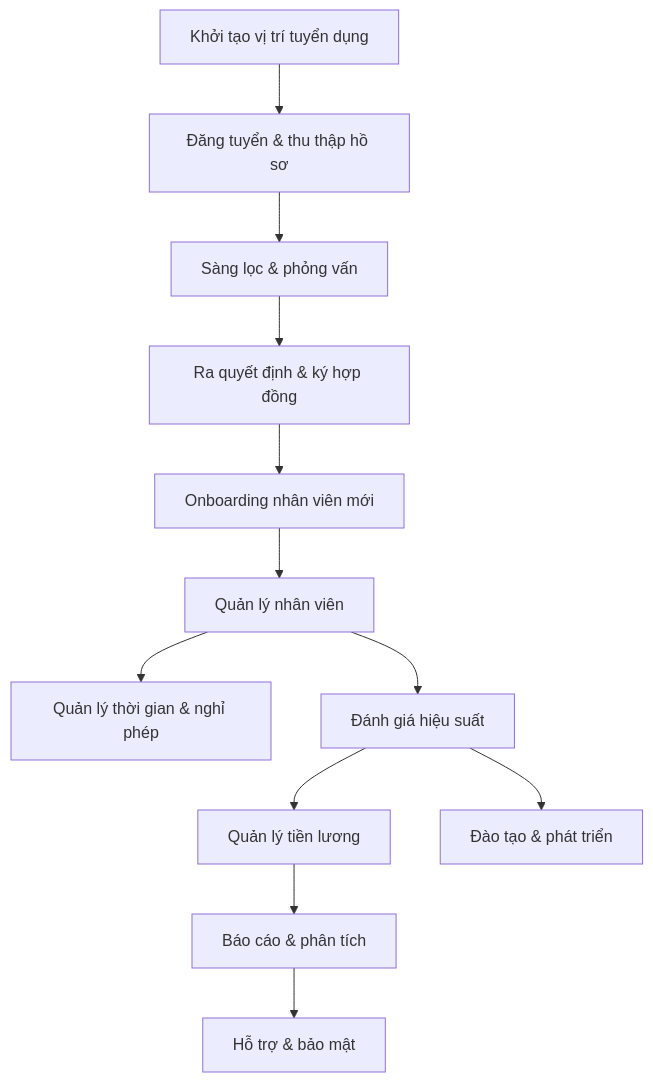
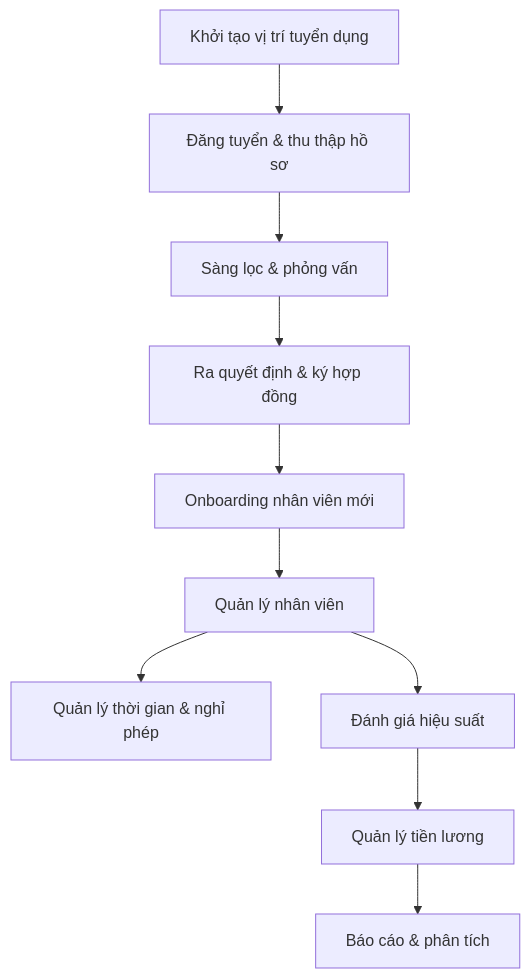
One commit to stepk3n-nguyen/GrapeHRM changed the diagram in descriptions.md. Above: the diagram before and after it, drawn with Mermaid. The commit also changed other lines of this file and 33 other files, not shown here.

````diff
--- a/descriptions.md
+++ b/descriptions.md
@@ -54,12 +45,10 @@
 ```mermaid
 flowchart TD
     A[Khởi tạo vị trí tuyển dụng] --> B[Đăng tuyển & thu thập hồ sơ]
     B --> C[Sàng lọc & phỏng vấn]
     C --> D[Ra quyết định & ký hợp đồng]
     D --> E[Onboarding nhân viên mới]
     E --> F[Quản lý nhân viên] --> G[Quản lý thời gian & nghỉ phép]
     F --> H[Đánh giá hiệu suất] --> I[Quản lý tiền lương]
-    H --> J[Đào tạo & phát triển]
-    I --> K[Báo cáo & phân tích]
-    K --> L[Hỗ trợ & bảo mật]
+    I --> J[Báo cáo & phân tích]
 ```
````
